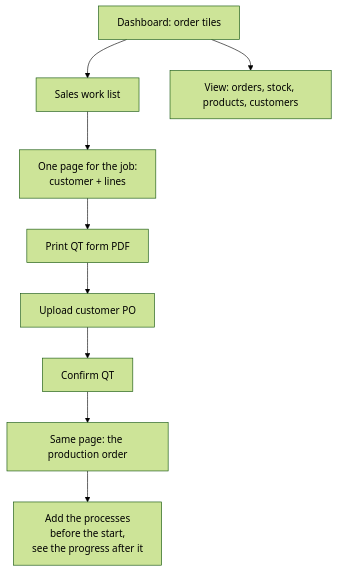
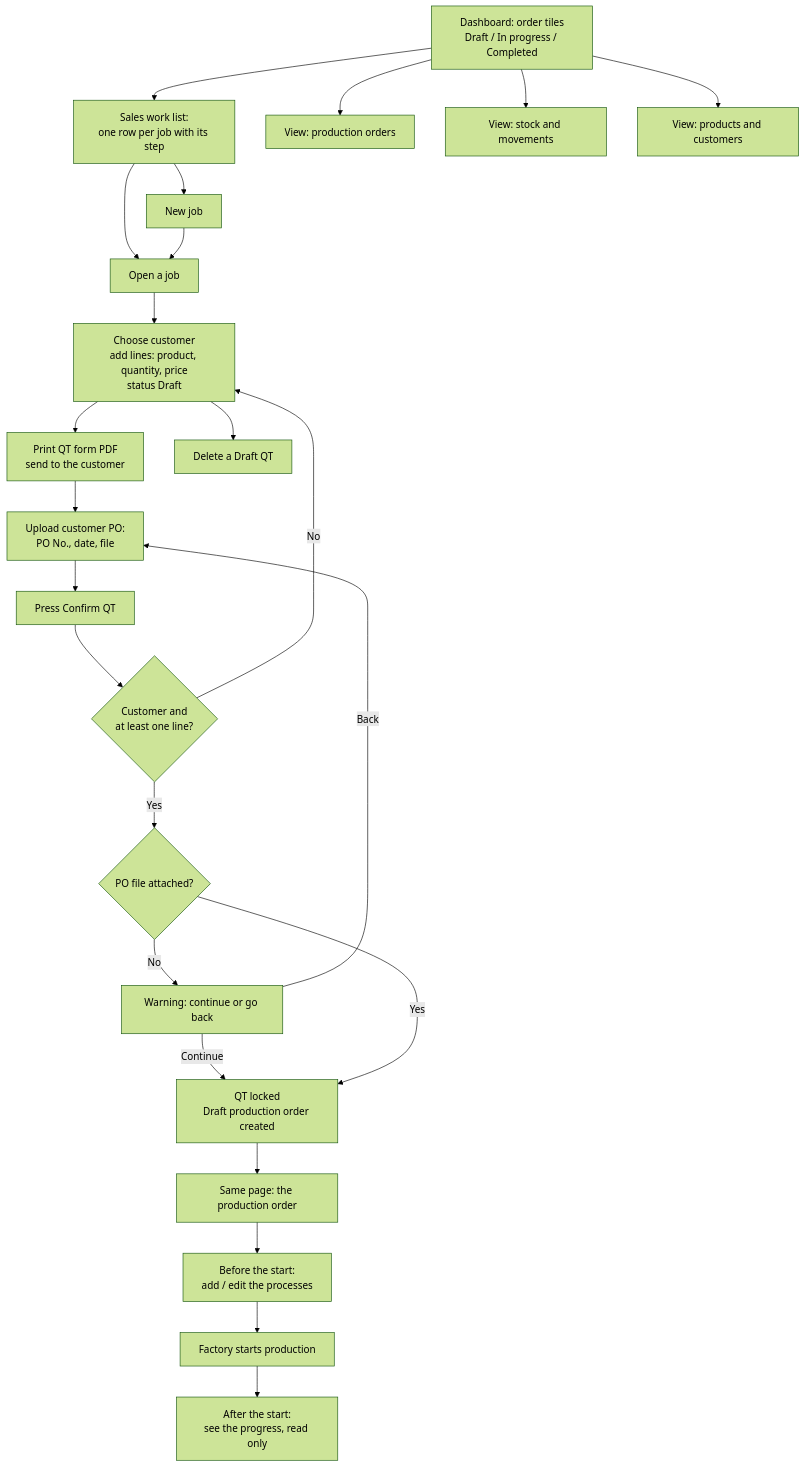
Before and after one commit to Detmon0410/Base_Sample_ERP: the second of 8 diagrams in ProjectdocInfo/User Flow.md, drawn with Mermaid (forest theme). The commit also changed other lines of this file and 15 other files, not shown here.

````diff
--- a/ProjectdocInfo/User Flow.md
+++ b/ProjectdocInfo/User Flow.md
@@ -7,11 +44,26 @@
 ```mermaid
 flowchart TD
-    D[Dashboard: order tiles] --> Q[Sales work list]
-    Q --> Q1[One page for the job:<br/>customer + lines]
-    Q1 --> Q2[Print QT form PDF]
-    Q2 --> Q3[Upload customer PO]
-    Q3 --> Q4[Confirm QT]
-    Q4 --> O[Same page: the production order]
-    O --> O1[Add the processes<br/>before the start,<br/>see the progress after it]
-    D --> V[View: orders, stock, products, customers]
+    D[Dashboard: order tiles<br/>Draft / In progress / Completed] --> Q[Sales work list:<br/>one row per job with its step]
+    Q --> N[New job]
+    Q --> Q1[Open a job]
+    N --> Q1
+    Q1 --> Q2[Choose customer<br/>add lines: product, quantity, price<br/>status Draft]
+    Q2 --> Q3[Print QT form PDF<br/>send to the customer]
+    Q3 --> Q4[Upload customer PO:<br/>PO No., date, file]
+    Q4 --> Q5[Press Confirm QT]
+    Q5 --> Q6{Customer and<br/>at least one line?}
+    Q6 -- No --> Q2
+    Q6 -- Yes --> Q7{PO file attached?}
+    Q7 -- No --> Q8[Warning: continue or go back]
+    Q8 -- Back --> Q4
+    Q8 -- Continue --> Q9
+    Q7 -- Yes --> Q9[QT locked<br/>Draft production order created]
+    Q9 --> O[Same page: the production order]
+    O --> O1[Before the start:<br/>add / edit the processes]
+    O1 --> O2[Factory starts production]
+    O2 --> O3[After the start:<br/>see the progress, read only]
+    D --> V1[View: production orders]
+    D --> V2[View: stock and movements]
+    D --> V3[View: products and customers]
+    Q2 --> Qd[Delete a Draft QT]
 ```
````
